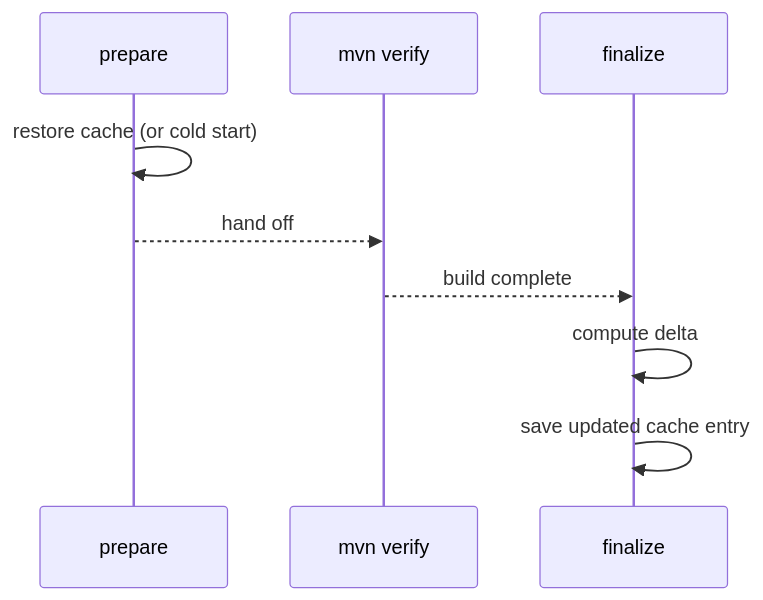
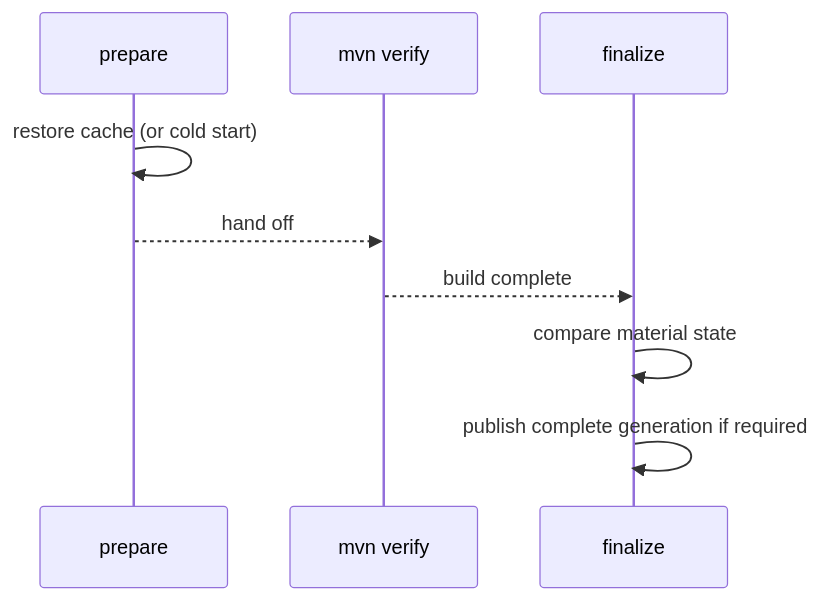
One commit to buildish-tooling/buildish-mammoth-cache changed the second of 2 diagrams in docs/user/single-job.md. Above: the diagram before and after it, drawn with Mermaid. The commit also changed other lines of this file and 24 other files, not shown here.

Commit message:
Implement generation-aware cache lifecycle

````diff
--- a/docs/user/single-job.md
+++ b/docs/user/single-job.md
@@ -87,12 +88,12 @@
 ```mermaid
 sequenceDiagram
     participant P as prepare
     participant B as mvn verify
     participant F as finalize
 
     P->>P: restore cache (or cold start)
     P-->>B: hand off
     B-->>F: build complete
-    F->>F: compute delta
-    F->>F: save updated cache entry
+    F->>F: compare material state
+    F->>F: publish complete generation if required
 ```
````
